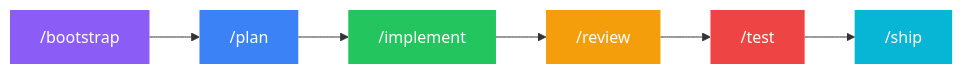
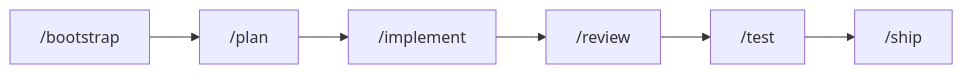
The diagram in README.md (EnricoCavic/agentic-os), drawn with Mermaid before and after one commit. The commit also changed other lines of this file and 2 other files, not shown here.

````diff
--- a/README.md
+++ b/README.md
@@ -69,15 +76,4 @@
 ```mermaid
 flowchart LR
-    B["/bootstrap"] --> P["/plan"]
-    P --> I["/implement"]
-    I --> R["/review"]
-    R --> T["/test"]
-    T --> S["/ship"]
-
-    style B fill:#8b5cf6,color:#fff,stroke:none
-    style P fill:#3b82f6,color:#fff,stroke:none
-    style I fill:#22c55e,color:#fff,stroke:none
-    style R fill:#f59e0b,color:#fff,stroke:none
-    style T fill:#ef4444,color:#fff,stroke:none
-    style S fill:#06b6d4,color:#fff,stroke:none
+    B["/bootstrap"] --> P["/plan"] --> I["/implement"] --> R["/review"] --> T["/test"] --> S["/ship"]
 ```
````
